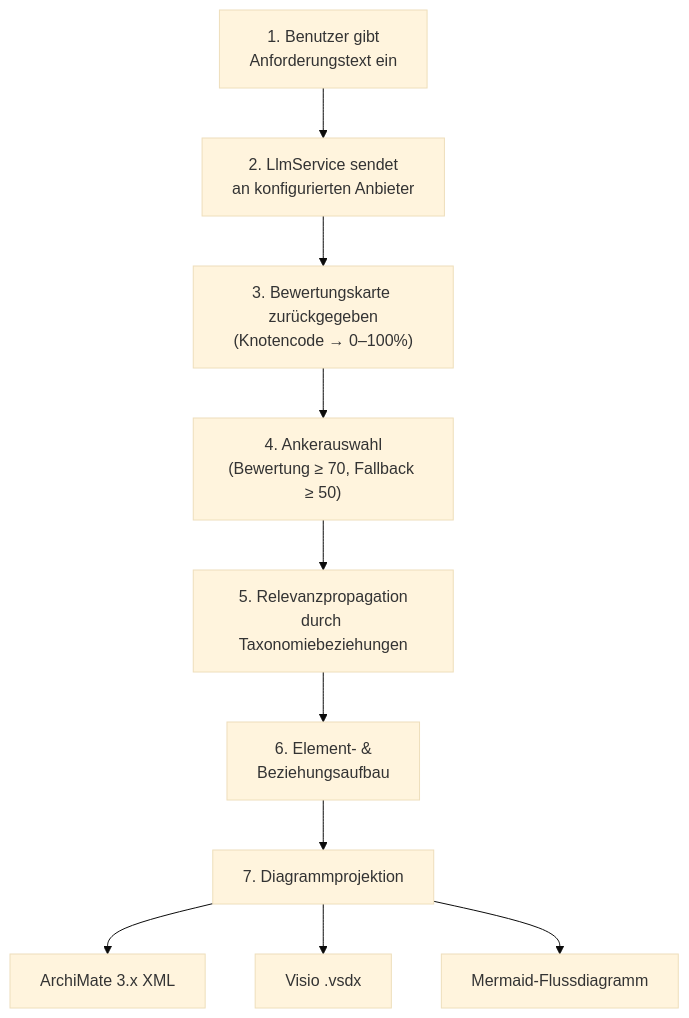
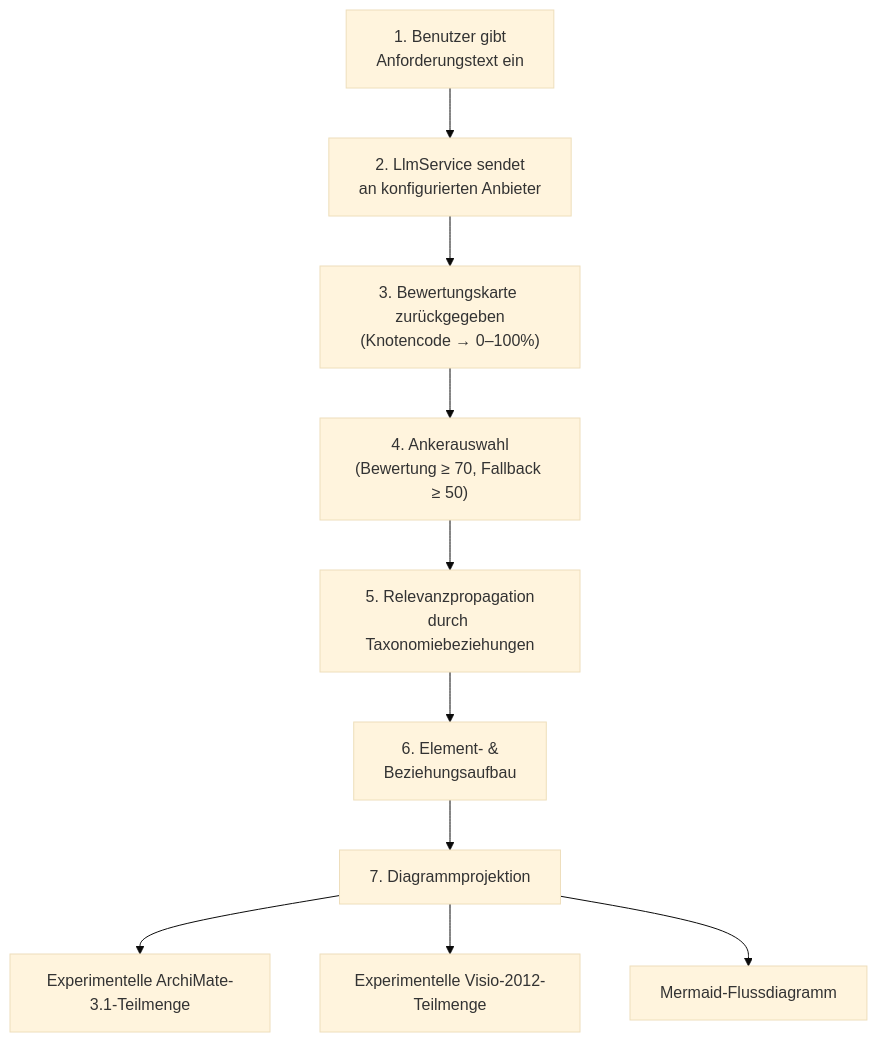
Before and after one commit to carstenartur/Taxonomy: the second of 5 diagrams in docs/de/ARCHITECTURE.md, drawn with Mermaid (base theme). The commit also changed other lines of this file and 7 other files, not shown here.

````diff
--- a/docs/de/ARCHITECTURE.md
+++ b/docs/de/ARCHITECTURE.md
@@ -120,12 +120,12 @@
 ```mermaid
 flowchart TD
     A["1. Benutzer gibt<br/>Anforderungstext ein"] --> B["2. LlmService sendet<br/>an konfigurierten Anbieter"]
     B --> C["3. Bewertungskarte zurückgegeben<br/>(Knotencode → 0–100%)"]
     C --> D["4. Ankerauswahl<br/>(Bewertung ≥ 70, Fallback ≥ 50)"]
     D --> E["5. Relevanzpropagation<br/>durch Taxonomiebeziehungen"]
     E --> F["6. Element- &<br/>Beziehungsaufbau"]
     F --> G["7. Diagrammprojektion"]
-    G --> H1["ArchiMate 3.x XML"]
-    G --> H2["Visio .vsdx"]
+    G --> H1["Experimentelle ArchiMate-3.1-Teilmenge"]
+    G --> H2["Experimentelle Visio-2012-Teilmenge"]
     G --> H3["Mermaid-Flussdiagramm"]
 ```
````
